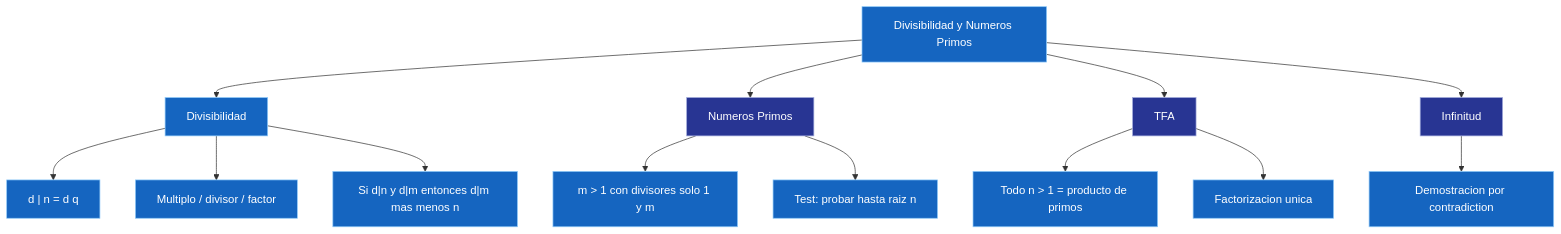
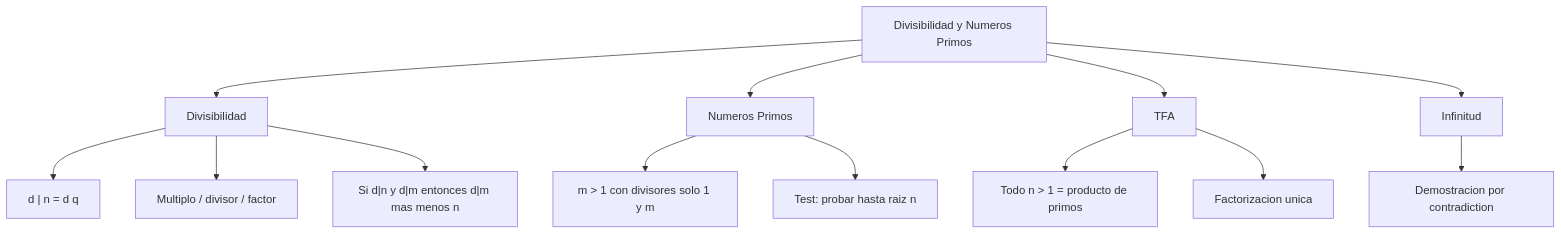
One commit to Fsteven22/Notas-ESPOL changed the diagram in src/site/notes/Universidad/3er Semestre/Matemáticas Discretas/Unidad 3 - Números y Conteo/01 - Divisibilidad y Números Primos.md. Above: the diagram before and after it, drawn with Mermaid. The commit also changed other lines of this file and 179 other files, not shown here.

````diff
--- a/src/site/notes/Universidad/3er Semestre/Matemáticas Discretas/Unidad 3 - Números y Conteo/01 - Divisibilidad y Números Primos.md
+++ b/src/site/notes/Universidad/3er Semestre/Matemáticas Discretas/Unidad 3 - Números y Conteo/01 - Divisibilidad y Números Primos.md
@@ -226,29 +212,16 @@
 ```mermaid
 graph TD
     root["Divisibilidad y Numeros Primos"] --> B[Divisibilidad]
     root --> C[Numeros Primos]
     root --> D[TFA]
     root --> E[Infinitud]
     B --> B1["d | n = d q"]
     B --> B2["Multiplo / divisor / factor"]
     B --> B3["Si d|n y d|m entonces d|m mas menos n"]
     C --> C1["m > 1 con divisores solo 1 y m"]
     C --> C2["Test: probar hasta raiz n"]
     D --> D1["Todo n > 1 = producto de primos"]
     D --> D2["Factorizacion unica"]
     E --> E1["Demostracion por contradiction"]
-    style B fill:#1565C0,color:#FFFFFF,stroke:#90CAF9,stroke-width:1px
-    style B1 fill:#1565C0,color:#FFFFFF,stroke:#90CAF9,stroke-width:1px
-    style B2 fill:#1565C0,color:#FFFFFF,stroke:#90CAF9,stroke-width:1px
-    style B3 fill:#1565C0,color:#FFFFFF,stroke:#90CAF9,stroke-width:1px
-    style C fill:#283593,color:#FFFFFF,stroke:#9FA8DA,stroke-width:1px
-    style C1 fill:#1565C0,color:#FFFFFF,stroke:#90CAF9,stroke-width:1px
-    style C2 fill:#1565C0,color:#FFFFFF,stroke:#90CAF9,stroke-width:1px
-    style D fill:#283593,color:#FFFFFF,stroke:#9FA8DA,stroke-width:1px
-    style D1 fill:#1565C0,color:#FFFFFF,stroke:#90CAF9,stroke-width:1px
-    style D2 fill:#1565C0,color:#FFFFFF,stroke:#90CAF9,stroke-width:1px
-    style E fill:#283593,color:#FFFFFF,stroke:#9FA8DA,stroke-width:1px
-    style E1 fill:#1565C0,color:#FFFFFF,stroke:#90CAF9,stroke-width:1px
-    style root fill:#1565C0,color:#FFFFFF,stroke:#90CAF9,stroke-width:1px
 
 ```
````
